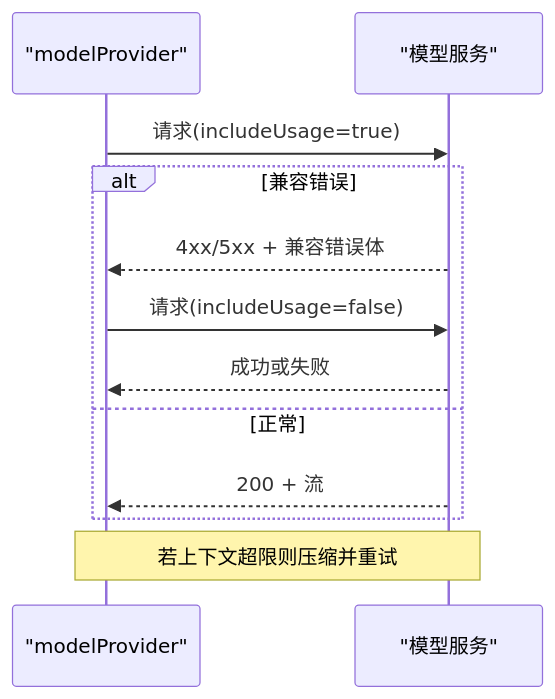
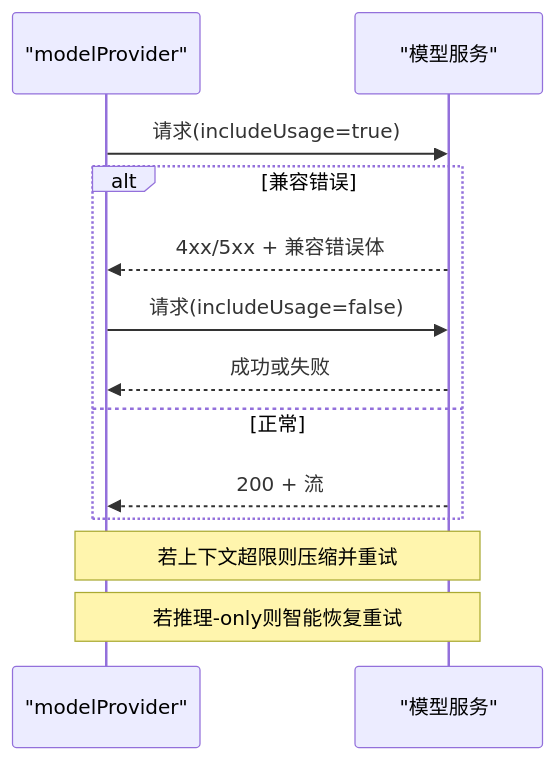
The fifth of 7 diagrams in .qoder/repowiki/zh/content/核心模块/Agent 工作进程/模型提供者/模型提供者.md (dyx-9163/ai-aifar), drawn with Mermaid before and after one commit. The commit also changed other lines of this file and 37 other files, not shown here.

````diff
--- a/.qoder/repowiki/zh/content/核心模块/Agent 工作进程/模型提供者/模型提供者.md
+++ b/.qoder/repowiki/zh/content/核心模块/Agent 工作进程/模型提供者/模型提供者.md
@@ -176,14 +238,15 @@
 ```mermaid
 sequenceDiagram
 participant P as "modelProvider"
 participant S as "模型服务"
 P->>S : 请求(includeUsage=true)
 alt 兼容错误
 S-->>P : 4xx/5xx + 兼容错误体
 P->>S : 请求(includeUsage=false)
 S-->>P : 成功或失败
 else 正常
 S-->>P : 200 + 流
 end
 Note over P,S : 若上下文超限则压缩并重试
+Note over P,S : 若推理-only则智能恢复重试
 ```
````
